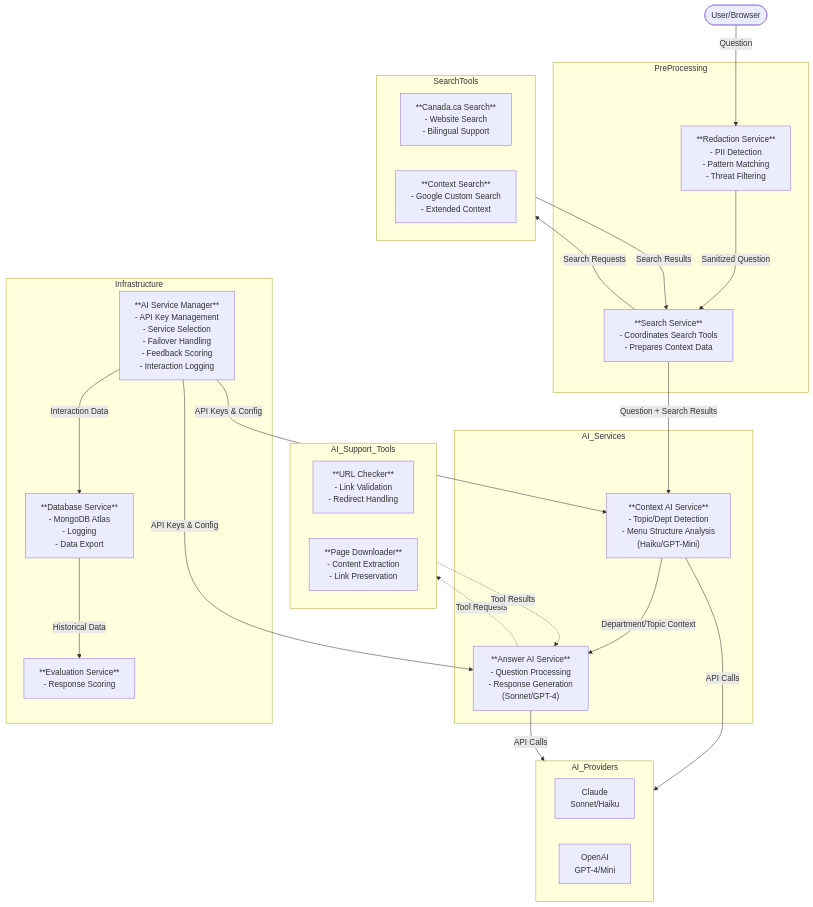
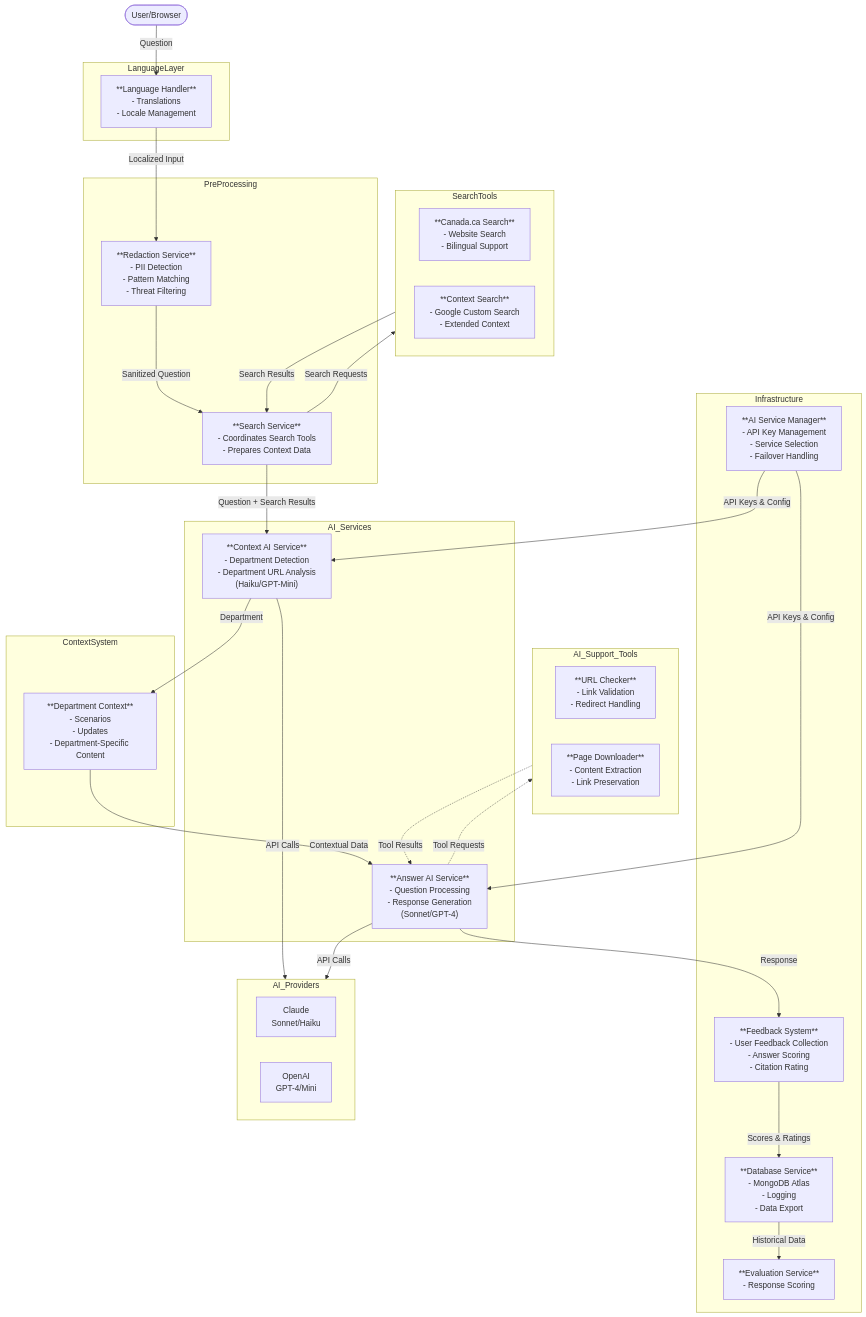
Before and after one commit to ryanhyma/react-answers: the diagram in README.md, drawn with Mermaid. The commit also changed other lines of this file, not shown here.

Commit message:
removed topic from context service
update diagram

````diff
--- a/README.md
+++ b/README.md
@@ -173,55 +175,68 @@
 ```mermaid
 flowchart TB
     User(["User/Browser"])
     
+    subgraph LanguageLayer
+        LangHandler["**Language Handler**<br>- Translations<br>- Locale Management"]
+    end
+
     subgraph PreProcessing
         Redaction["**Redaction Service**<br>- PII Detection<br>- Pattern Matching<br>- Threat Filtering"]
         SearchService["**Search Service**<br>- Coordinates Search Tools<br>- Prepares Context Data"]
     end
 
     subgraph SearchTools
         SearchTool["**Canada.ca Search**<br>- Website Search<br>- Bilingual Support"]
         ContextSearch["**Context Search**<br>- Google Custom Search<br>- Extended Context"]
     end
 
     subgraph AI_Services
-        Context["**Context AI Service**<br>- Topic/Dept Detection<br>- Menu Structure Analysis<br>(Haiku/GPT-Mini)"]
+        Context["**Context AI Service**<br>- Department Detection<br>- Department URL Analysis<br>(Haiku/GPT-Mini)"]
         Answer["**Answer AI Service**<br>- Question Processing<br>- Response Generation<br>(Sonnet/GPT-4)"]
+    end
+
+    subgraph ContextSystem
+        DeptContext["**Department Context**<br>- Scenarios<br>- Updates<br>- Department-Specific Content"]
     end
 
     subgraph AI_Support_Tools
         URLChecker["**URL Checker**<br>- Link Validation<br>- Redirect Handling"]
         PageDownloader["**Page Downloader**<br>- Content Extraction<br>- Link Preservation"]
     end
 
     subgraph Infrastructure
-        AIManager["**AI Service Manager**<br>- API Key Management<br>- Service Selection<br>- Failover Handling<br>- Feedback Scoring<br>- Interaction Logging"]
+        AIManager["**AI Service Manager**<br>- API Key Management<br>- Service Selection<br>- Failover Handling"]
         DB["**Database Service**<br>- MongoDB Atlas<br>- Logging<br>- Data Export"]
         Eval["**Evaluation Service**<br>- Response Scoring"]
+        Feedback["**Feedback System**<br>- User Feedback Collection<br>- Answer Scoring<br>- Citation Rating"]
     end
     
-    User -->|Question| Redaction
+    User -->|Question| LangHandler
+    LangHandler -->|Localized Input| Redaction
     Redaction -->|Sanitized Question| SearchService
     
     SearchService -->|Search Requests| SearchTools
     SearchTools -->|Search Results| SearchService
     SearchService -->|Question + Search Results| Context
     
-    Context -->|Department/Topic Context| Answer
+    Context -->|Department| DeptContext
+    DeptContext -->|Contextual Data| Answer
     
     Answer -.->|Tool Requests| AI_Support_Tools
     AI_Support_Tools -.->|Tool Results| Answer
     
     AIManager -->|API Keys & Config| Context
     AIManager -->|API Keys & Config| Answer
-    AIManager -->|Interaction Data| DB
+    
+    Answer -->|Response| Feedback
+    Feedback -->|Scores & Ratings| DB
     DB -->|Historical Data| Eval
     
     subgraph AI_Providers
         Claude["Claude<br>Sonnet/Haiku"]
         GPT["OpenAI<br>GPT-4/Mini"]
     end
     
     Context -->|API Calls| AI_Providers
     Answer -->|API Calls| AI_Providers
 ```
````
